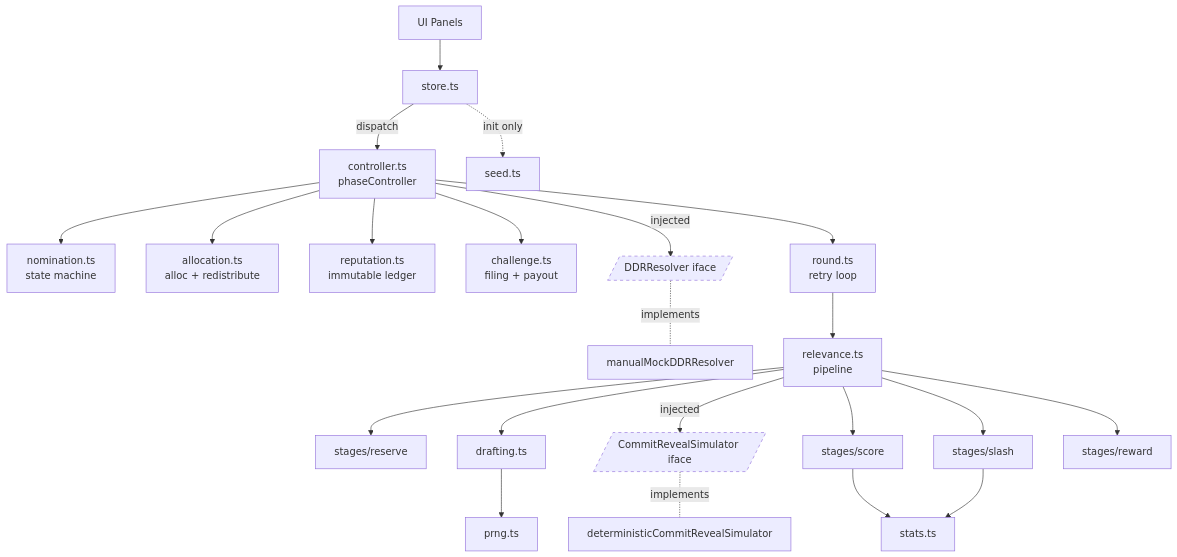
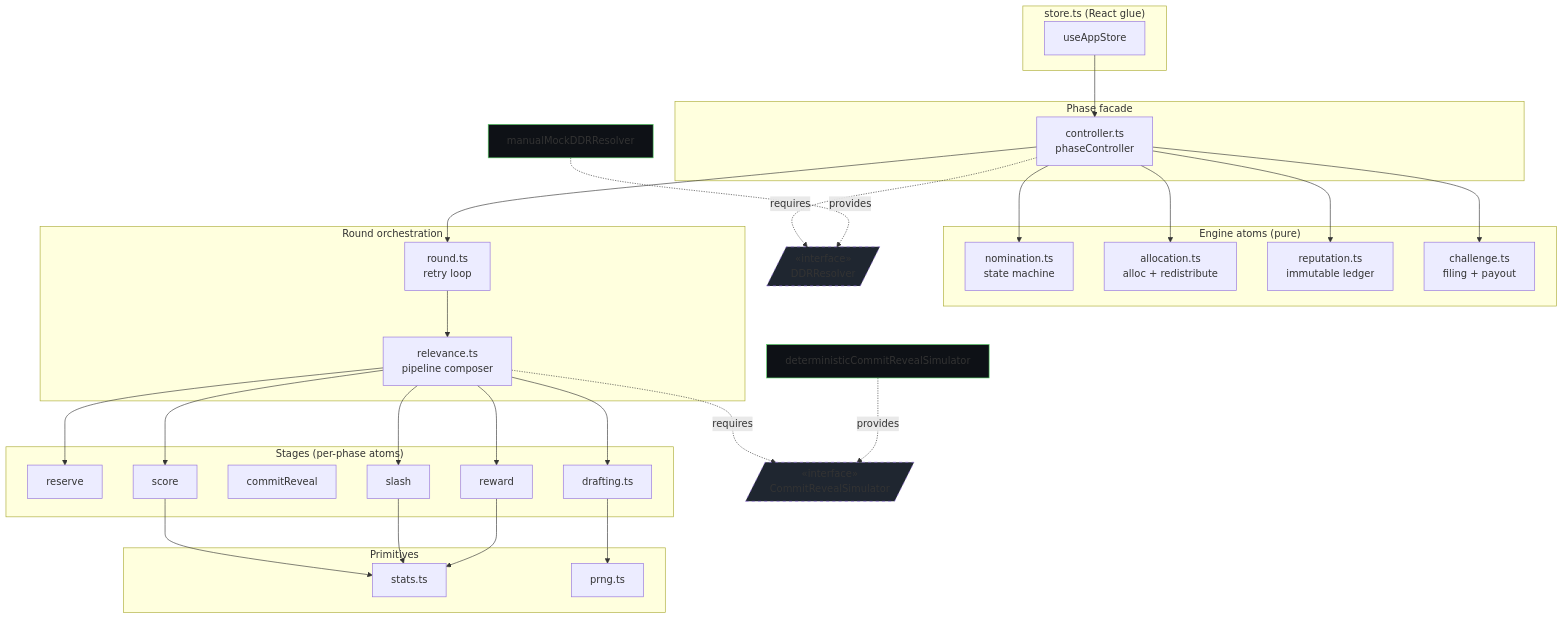
Before and after one commit to 0xferit/manuscript-decentralized-curation: the second of 7 diagrams in projects/rpgf/prototype/ARCHITECTURE.md, drawn with Mermaid. The commit also changed other lines of this file, not shown here.

First line of the commit message:
docs(rpgf): redo ARCHITECTURE.md using standard UML/C4 diagrams

````diff
--- a/projects/rpgf/prototype/ARCHITECTURE.md
+++ b/projects/rpgf/prototype/ARCHITECTURE.md
@@ -186,33 +56,69 @@
 ```mermaid
-flowchart TD
-    UI[UI Panels] --> Store[store.ts]
-    Store -->|dispatch| Controller[controller.ts<br/>phaseController]
+flowchart TB
+  subgraph store_layer["store.ts (React glue)"]
+    store["useAppStore"]
+  end
 
-    Controller --> Nom[nomination.ts<br/>state machine]
-    Controller --> Alloc[allocation.ts<br/>alloc + redistribute]
-    Controller --> Rep[reputation.ts<br/>immutable ledger]
-    Controller --> Chal[challenge.ts<br/>filing + payout]
-    Controller -->|injected| DDR[/DDRResolver iface/]
-    Controller --> Round[round.ts<br/>retry loop]
+  subgraph facade["Phase facade"]
+    controller["controller.ts<br/>phaseController"]
+  end
 
-    DDR -.implements.- DDRMock[manualMockDDRResolver]
+  subgraph atoms["Engine atoms (pure)"]
+    nom["nomination.ts<br/>state machine"]
+    alloc["allocation.ts<br/>alloc + redistribute"]
+    rep["reputation.ts<br/>immutable ledger"]
+    chal["challenge.ts<br/>filing + payout"]
+  end
 
-    Round --> Relevance[relevance.ts<br/>pipeline]
-    Relevance --> S1[stages/reserve]
-    Relevance --> Draft[drafting.ts]
-    Relevance -->|injected| CRS[/CommitRevealSimulator iface/]
-    Relevance --> S3[stages/score]
-    Relevance --> S4[stages/slash]
-    Relevance --> S5[stages/reward]
+  subgraph round_layer["Round orchestration"]
+    round["round.ts<br/>retry loop"]
+    relevance["relevance.ts<br/>pipeline composer"]
+  end
 
-    CRS -.implements.- CRSImpl[deterministicCommitRevealSimulator]
+  subgraph stages_layer["Stages (per-phase atoms)"]
+    s_reserve["reserve"]
+    s_draft["drafting.ts"]
+    s_cr["commitReveal"]
+    s_score["score"]
+    s_slash["slash"]
+    s_reward["reward"]
+  end
 
-    S3 --> Stats[stats.ts]
-    S4 --> Stats
-    Draft --> PRNG[prng.ts]
+  subgraph prim["Primitives"]
+    stats["stats.ts"]
+    prng["prng.ts"]
+  end
 
-    Store -. init only .-> Seed[seed.ts]
+  ddr_iface[/"&laquo;interface&raquo;<br/>DDRResolver"/]
+  cr_iface[/"&laquo;interface&raquo;<br/>CommitRevealSimulator"/]
+  ddr_mock["manualMockDDRResolver"]
+  cr_mock["deterministicCommitRevealSimulator"]
 
-    classDef iface stroke-dasharray: 5 5
-    class DDR,CRS iface
+  store --> controller
+  controller --> nom
+  controller --> alloc
+  controller --> rep
+  controller --> chal
+  controller --> round
+  controller -. requires .-> ddr_iface
+  ddr_mock -. provides .-> ddr_iface
+
+  round --> relevance
+  relevance --> s_reserve
+  relevance --> s_draft
+  relevance -. requires .-> cr_iface
+  cr_mock -. provides .-> cr_iface
+  relevance --> s_score
+  relevance --> s_slash
+  relevance --> s_reward
+
+  s_score --> stats
+  s_slash --> stats
+  s_reward --> stats
+  s_draft --> prng
+
+  classDef iface stroke-dasharray: 5 5,fill:#1f2630
+  classDef mock fill:#0e1116,stroke:#56d364
+  class ddr_iface,cr_iface iface
+  class ddr_mock,cr_mock mock
 ```
````
